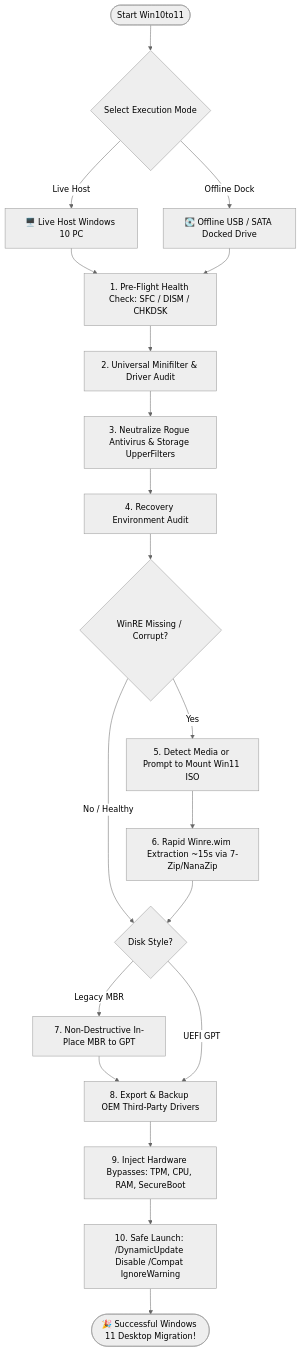
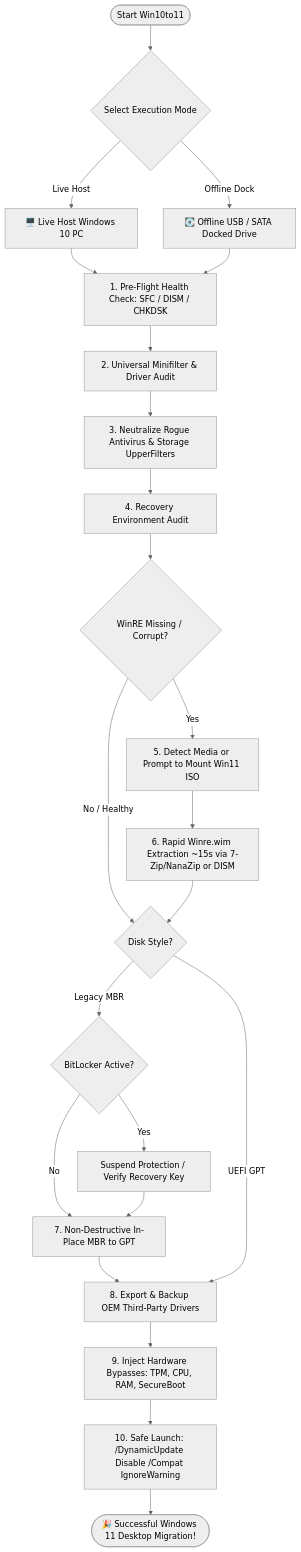
Before and after one commit to remarkablepc/Win10to11: the diagram in README.md, drawn with Mermaid (neutral theme). The commit also changed other lines of this file and 1 other file, not shown here.

Commit message:
Adopt conservative proclamations, add BitLocker safety check, and streamline README

````diff
--- a/README.md
+++ b/README.md
@@ -74,29 +162,32 @@
 ```mermaid
 flowchart TD
   Start([Start Win10to11]) --> Mode{Select Execution Mode}
   
   Mode -->|Live Host| Live[🖥️ Live Host Windows 10 PC]
   Mode -->|Offline Dock| Dock[💽 Offline USB / SATA Docked Drive]
   
   Live --> Health[1. Pre-Flight Health Check: SFC / DISM / CHKDSK]
   Dock --> Health
   
   Health --> FilterScan[2. Universal Minifilter & Driver Audit]
   FilterScan --> FilterFix[3. Neutralize Rogue Antivirus & Storage UpperFilters]
   
   FilterFix --> WinREAudit[4. Recovery Environment Audit]
   WinREAudit --> WinRECheck{WinRE Missing / Corrupt?}
   WinRECheck -->|Yes| PromptISO[5. Detect Media or Prompt to Mount Win11 ISO]
-  PromptISO --> FastExtract[6. Rapid Winre.wim Extraction ~15s via 7-Zip/NanaZip]
+  PromptISO --> FastExtract[6. Rapid Winre.wim Extraction ~15s via 7-Zip/NanaZip or DISM]
   WinRECheck -->|No / Healthy| PartCheck
   FastExtract --> PartCheck{Disk Style?}
   
-  PartCheck -->|Legacy MBR| Convert[7. Non-Destructive In-Place MBR to GPT]
+  PartCheck -->|Legacy MBR| BitLockerCheck{BitLocker Active?}
+  BitLockerCheck -->|Yes| WarnBL[Suspend Protection / Verify Recovery Key]
+  BitLockerCheck -->|No| Convert[7. Non-Destructive In-Place MBR to GPT]
+  WarnBL --> Convert
   Convert --> Drivers
   PartCheck -->|UEFI GPT| Drivers[8. Export & Backup OEM Third-Party Drivers]
   
   Drivers --> Bypass[9. Inject Hardware Bypasses: TPM, CPU, RAM, SecureBoot]
   Bypass --> Launch[10. Safe Launch: /DynamicUpdate Disable /Compat IgnoreWarning]
   
   Launch --> Desktop([🎉 Successful Windows 11 Desktop Migration!])
 ```
````
